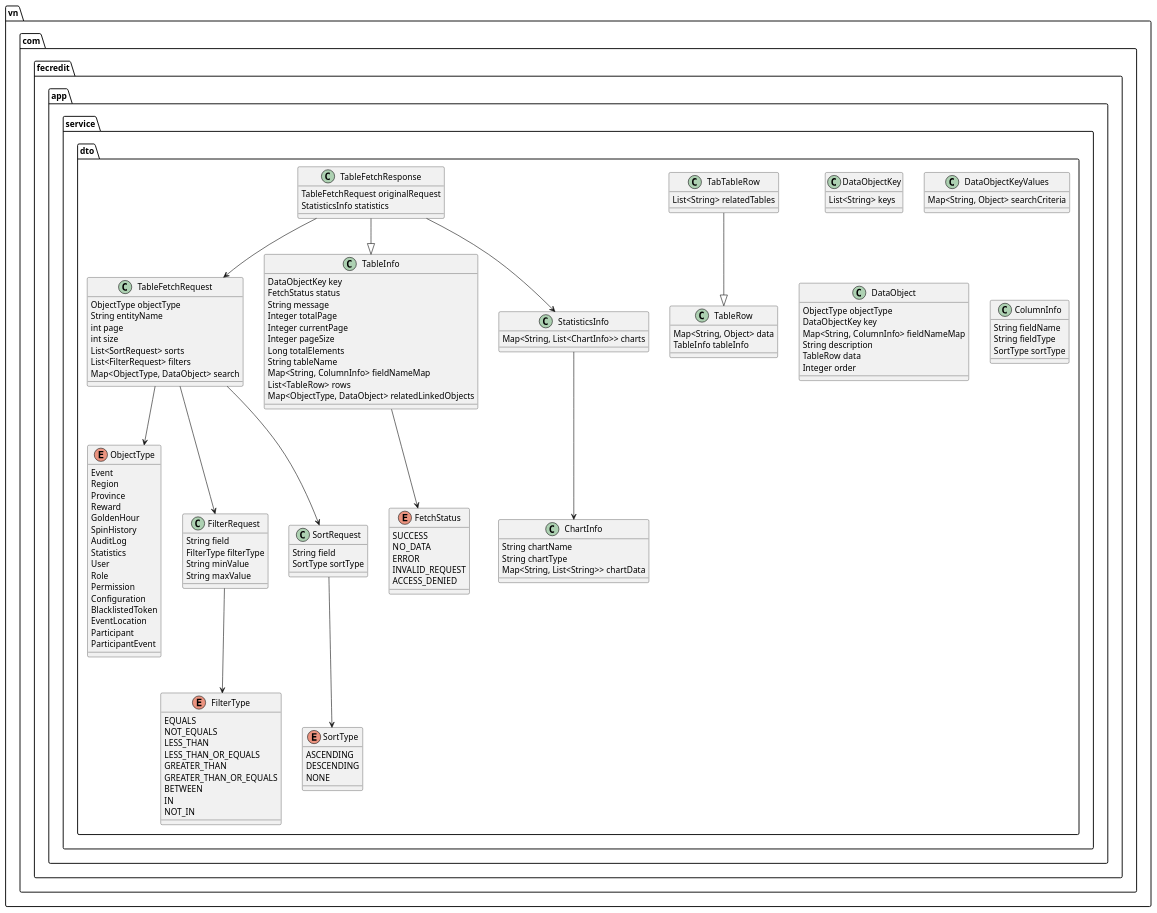
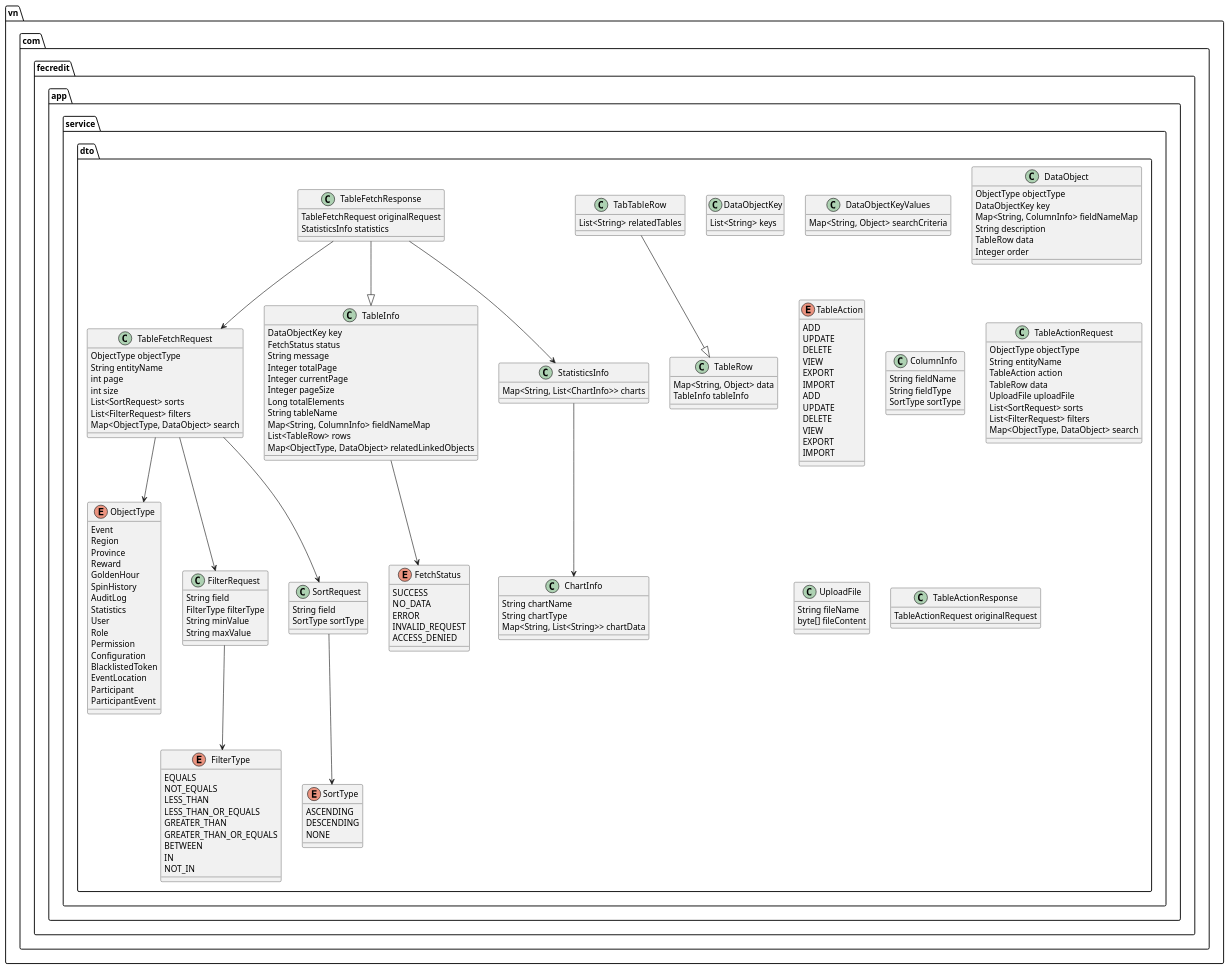
The diagram in docs/api/CommonAPIRequestAndResponse.puml (dnguyenminh/luckydraw-roo), drawn with PlantUML before and after one commit. The commit also changed 26 other files, not shown here.

Commit message:
Transfer not completed project. - UI : Add new data table features (Edit/New/Delete/Import/Export)

```diff
--- a/docs/api/CommonAPIRequestAndResponse.puml
+++ b/docs/api/CommonAPIRequestAndResponse.puml
@@ -1,149 +1,188 @@
 @startuml CommonAPIRequestAndResponse
 
 ' Common API Request and Response Models
 
 namespace vn.com.fecredit.app.service.dto {
 
     enum ObjectType {
         Event
         Region
         Province
         Reward
         GoldenHour
         SpinHistory
         AuditLog
         Statistics
         User
         Role
         Permission
         Configuration
         BlacklistedToken
         EventLocation
         Participant
         ParticipantEvent
     }
 
     enum FetchStatus {
         SUCCESS
         NO_DATA
         ERROR
         INVALID_REQUEST
         ACCESS_DENIED
     }
 
     enum SortType {
         ASCENDING
         DESCENDING
         NONE
     }
 
     enum FilterType {
         EQUALS
         NOT_EQUALS
         LESS_THAN
         LESS_THAN_OR_EQUALS
         GREATER_THAN
         GREATER_THAN_OR_EQUALS
         BETWEEN
         IN
         NOT_IN
     }
 
     class DataObjectKey {
         List<String> keys
     }
 
     class DataObjectKeyValues {
         Map<String, Object> searchCriteria
     }
 
     class TableRow {
         Map<String, Object> data
         TableInfo tableInfo
     }
 
     class TabTableRow {
         List<String> relatedTables
     }
 
     class DataObject {
         ObjectType objectType
         DataObjectKey key
         Map<String, ColumnInfo> fieldNameMap
         String description
         TableRow data
         Integer order
     }
 
+    enum TableAction {
+        ADD
+        UPDATE
+        DELETE
+        VIEW
+        EXPORT
+        IMPORT
+    }
+
     class TableFetchRequest {
         ObjectType objectType
         String entityName
         int page
         int size
         List<SortRequest> sorts
         List<FilterRequest> filters
         Map<ObjectType, DataObject> search
     }
 
     class TableFetchResponse {
         TableFetchRequest originalRequest
         StatisticsInfo statistics
     }
 
     class TableInfo {
         DataObjectKey key
         FetchStatus status
         String message
         Integer totalPage
         Integer currentPage
         Integer pageSize
         Long totalElements
         String tableName
         Map<String, ColumnInfo> fieldNameMap
         List<TableRow> rows
         Map<ObjectType, DataObject> relatedLinkedObjects
     }
 
     class FilterRequest {
         String field
         FilterType filterType
         String minValue
         String maxValue
     }
 
     class SortRequest {
         String field
         SortType sortType
     }
 
     class ColumnInfo {
         String fieldName
         String fieldType
         SortType sortType
     }
 
     class StatisticsInfo {
         Map<String, List<ChartInfo>> charts
     }
 
     class ChartInfo {
         String chartName
         String chartType
         Map<String, List<String>> chartData
     }
 
 
     TableFetchResponse --|> TableInfo
     TabTableRow --|> TableRow
     TableFetchResponse --> TableFetchRequest
     TableFetchResponse --> StatisticsInfo
     TableFetchRequest --> ObjectType
     TableInfo --> FetchStatus
     TableFetchRequest --> SortRequest
     TableFetchRequest --> FilterRequest
     SortRequest --> SortType
     FilterRequest --> FilterType
     StatisticsInfo --> ChartInfo
+
+    enum TableAction {
+        ADD
+        UPDATE
+        DELETE
+        VIEW
+        EXPORT
+        IMPORT
+    }
+
+    class TableActionRequest {
+        ObjectType objectType
+        String entityName
+        TableAction action
+        TableRow data
+        UploadFile uploadFile
+        List<SortRequest> sorts
+        List<FilterRequest> filters
+        Map<ObjectType, DataObject> search
+    }
+
+    class UploadFile {
+        String fileName
+        byte[] fileContent
+    }
+
+    class TableActionResponse {
+        TableActionRequest originalRequest
+    }
+
 }
 
 @enduml
```
